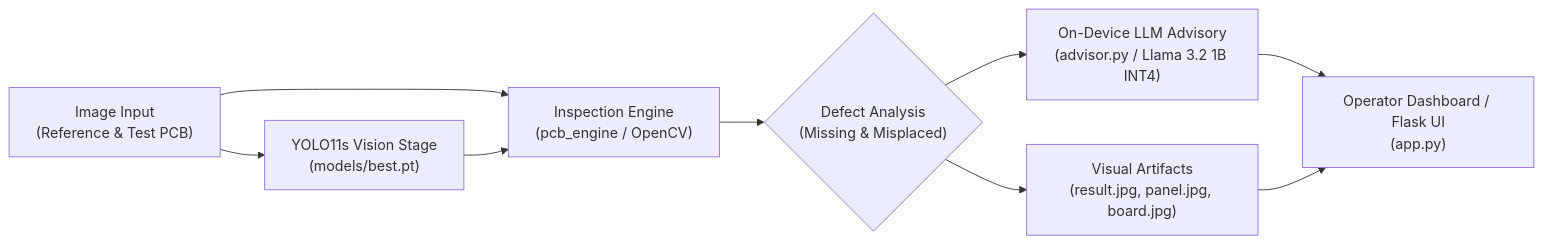
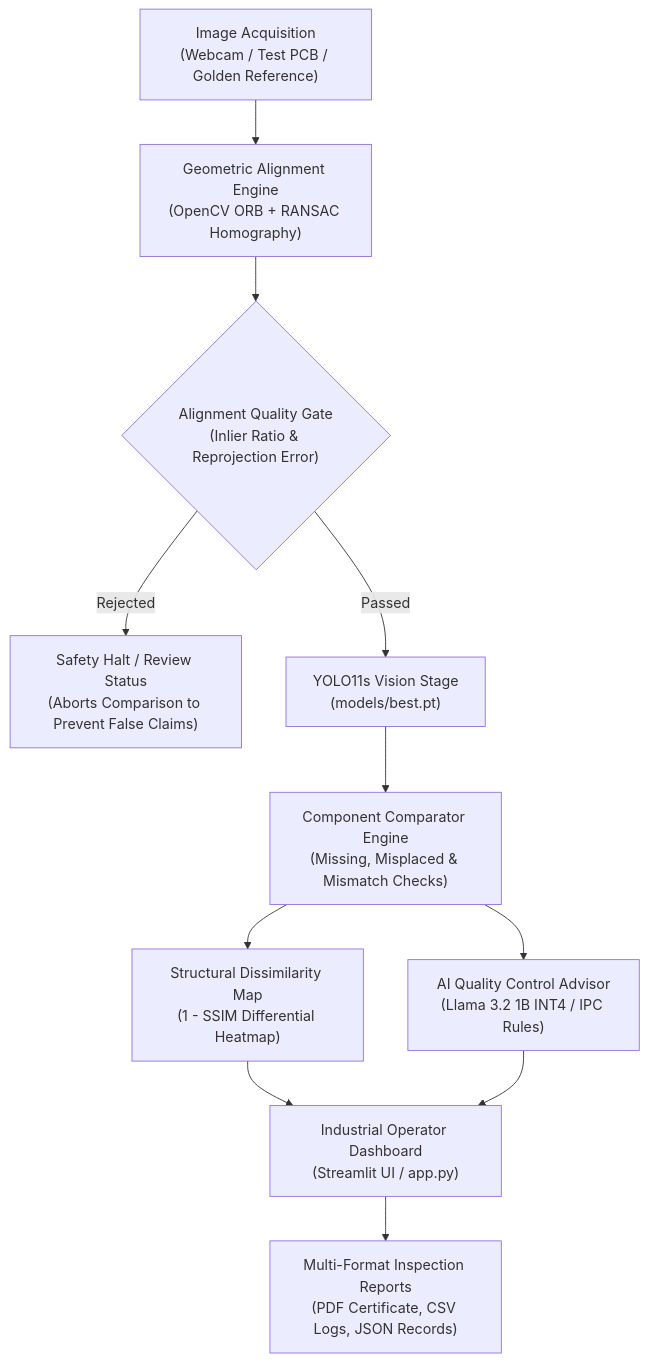
One commit to Sanjay-JS-29/Bharat-AI-EdgeInspect changed the diagram in README.md. Above: the diagram before and after it, drawn with Mermaid. The commit also changed other lines of this file and 52 other files, not shown here.

````diff
--- a/README.md
+++ b/README.md
@@ -44,11 +46,13 @@
 ```mermaid
-flowchart LR
-    A["Image Input\n(Reference & Test PCB)"] --> B["YOLO11s Vision Stage\n(models/best.pt)"]
-    A --> C["Inspection Engine\n(pcb_engine / OpenCV)"]
-    B --> C
-    C --> D{"Defect Analysis\n(Missing & Misplaced)"}
-    D --> E["Visual Artifacts\n(result.jpg, panel.jpg, board.jpg)"]
-    D --> F["On-Device LLM Advisory\n(advisor.py / Llama 3.2 1B INT4)"]
-    F --> G["Operator Dashboard / Flask UI\n(app.py)"]
-    E --> G
+flowchart TD
+    A["Image Acquisition\n(Webcam / Test PCB / Golden Reference)"] --> B["Geometric Alignment Engine\n(OpenCV ORB + RANSAC Homography)"]
+    B --> C{"Alignment Quality Gate\n(Inlier Ratio & Reprojection Error)"}
+    C -- Rejected --> D["Safety Halt / Review Status\n(Aborts Comparison to Prevent False Claims)"]
+    C -- Passed --> E["YOLO11s Vision Stage\n(models/best.pt)"]
+    E --> F["Component Comparator Engine\n(Missing, Misplaced & Mismatch Checks)"]
+    F --> G["Structural Dissimilarity Map\n(1 - SSIM Differential Heatmap)"]
+    F --> H["AI Quality Control Advisor\n(Llama 3.2 1B INT4 / IPC Rules)"]
+    G --> I["Industrial Operator Dashboard\n(Streamlit UI / app.py)"]
+    H --> I
+    I --> J["Multi-Format Inspection Reports\n(PDF Certificate, CSV Logs, JSON Records)"]
 ```
````
